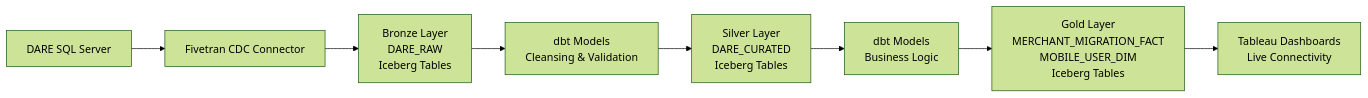
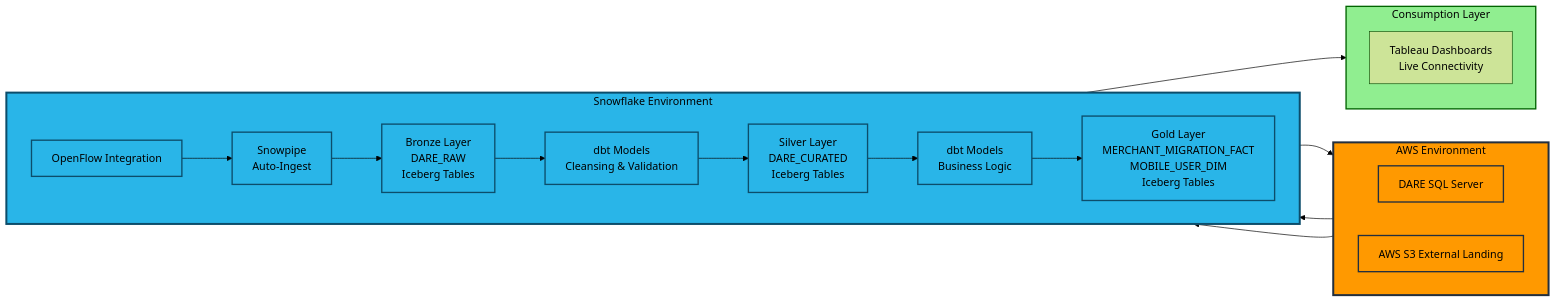
One commit to sfc-gh-mhindi/REPO_CBA changed diagram 16 of 26 in 15-BB-QPD Future State/QPD - Future State.md. Above: the diagram before and after it, drawn with Mermaid (forest theme). The commit also changed other lines of this file, not shown here.

````diff
--- a/15-BB-QPD Future State/QPD - Future State.md
+++ b/15-BB-QPD Future State/QPD - Future State.md
@@ -1494,10 +1547,49 @@
 ```mermaid
 graph LR
-    Source[DARE SQL Server] --> Fivetran[Fivetran CDC Connector]
-    Fivetran --> Bronze[Bronze Layer<br/>DARE_RAW<br/>Iceberg Tables]
-    Bronze --> dbt_silver[dbt Models<br/>Cleansing & Validation]
-    dbt_silver --> Silver[Silver Layer<br/>DARE_CURATED<br/>Iceberg Tables]
-    Silver --> dbt_gold[dbt Models<br/>Business Logic]
-    dbt_gold --> Gold[Gold Layer<br/>MERCHANT_MIGRATION_FACT<br/>MOBILE_USER_DIM<br/>Iceberg Tables]
-    Gold --> Tableau[Tableau Dashboards<br/>Live Connectivity]
+    subgraph AWS["AWS Environment"]
+        direction LR
+        Source2[DARE SQL Server]
+        S3_2[AWS S3 External Landing]
+    end
+    
+    subgraph Snowflake["Snowflake Environment"]
+        direction LR
+        OpenFlow[OpenFlow Integration]
+        Snowpipe2[Snowpipe<br/>Auto-Ingest]
+        Bronze2[Bronze Layer<br/>DARE_RAW<br/>Iceberg Tables]
+        dbt_silver[dbt Models<br/>Cleansing & Validation]
+        Silver[Silver Layer<br/>DARE_CURATED<br/>Iceberg Tables]
+        dbt_gold[dbt Models<br/>Business Logic]
+        Gold[Gold Layer<br/>MERCHANT_MIGRATION_FACT<br/>MOBILE_USER_DIM<br/>Iceberg Tables]
+        
+        OpenFlow --> Snowpipe2
+        Snowpipe2 --> Bronze2
+        Bronze2 --> dbt_silver
+        dbt_silver --> Silver
+        Silver --> dbt_gold
+        dbt_gold --> Gold
+    end
+    
+    subgraph Consumption2["Consumption Layer"]
+        direction TB
+        Tableau2[Tableau Dashboards<br/>Live Connectivity]
+    end
+    
+    Source2 --> OpenFlow
+    OpenFlow --> S3_2
+    S3_2 --> Snowpipe2
+    Gold --> Tableau2
+    
+    style AWS fill:#ff9900,stroke:#232f3e,stroke-width:3px,color:#000
+    style Snowflake fill:#29b5e8,stroke:#0c4d6b,stroke-width:3px,color:#000
+    style Consumption2 fill:#90ee90,stroke:#006400,stroke-width:2px,color:#000
+    style Source2 fill:#ff9900,stroke:#232f3e,stroke-width:2px,color:#000
+    style S3_2 fill:#ff9900,stroke:#232f3e,stroke-width:2px,color:#000
+    style OpenFlow fill:#29b5e8,stroke:#0c4d6b,stroke-width:2px,color:#000
+    style Snowpipe2 fill:#29b5e8,stroke:#0c4d6b,stroke-width:2px,color:#000
+    style Bronze2 fill:#29b5e8,stroke:#0c4d6b,stroke-width:2px,color:#000
+    style dbt_silver fill:#29b5e8,stroke:#0c4d6b,stroke-width:2px,color:#000
+    style Silver fill:#29b5e8,stroke:#0c4d6b,stroke-width:2px,color:#000
+    style dbt_gold fill:#29b5e8,stroke:#0c4d6b,stroke-width:2px,color:#000
+    style Gold fill:#29b5e8,stroke:#0c4d6b,stroke-width:2px,color:#000
 ```
````
